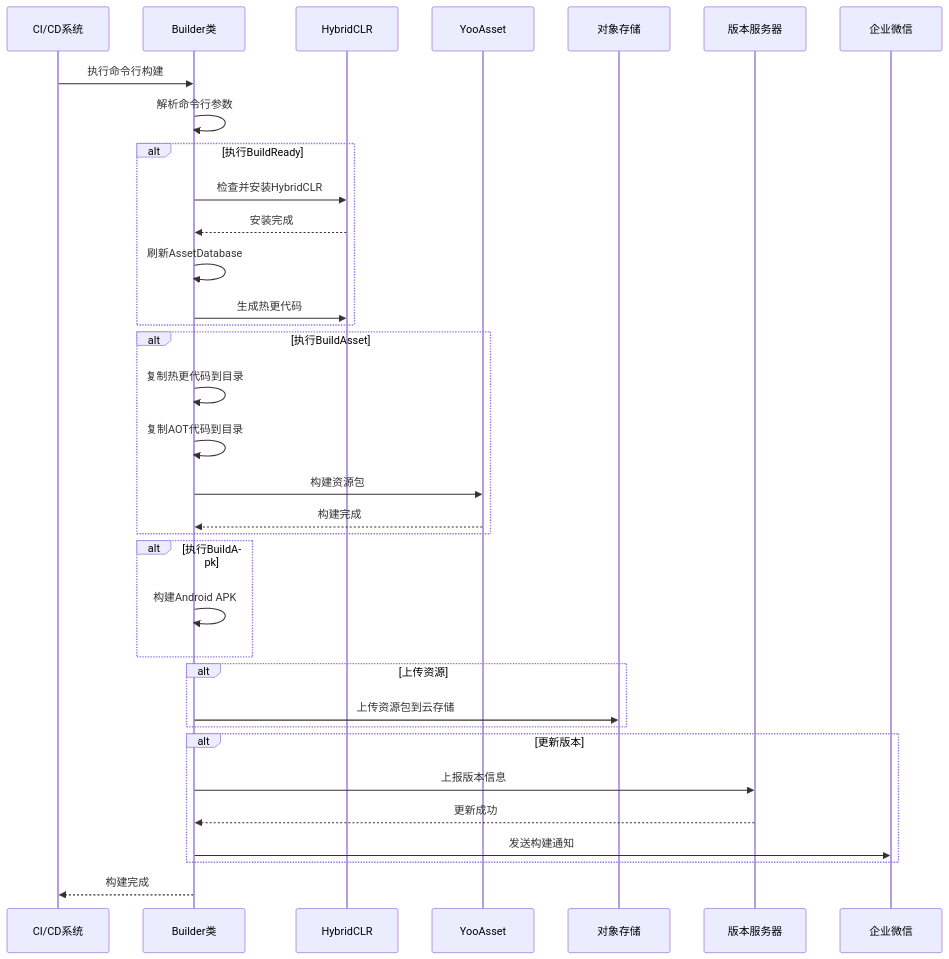
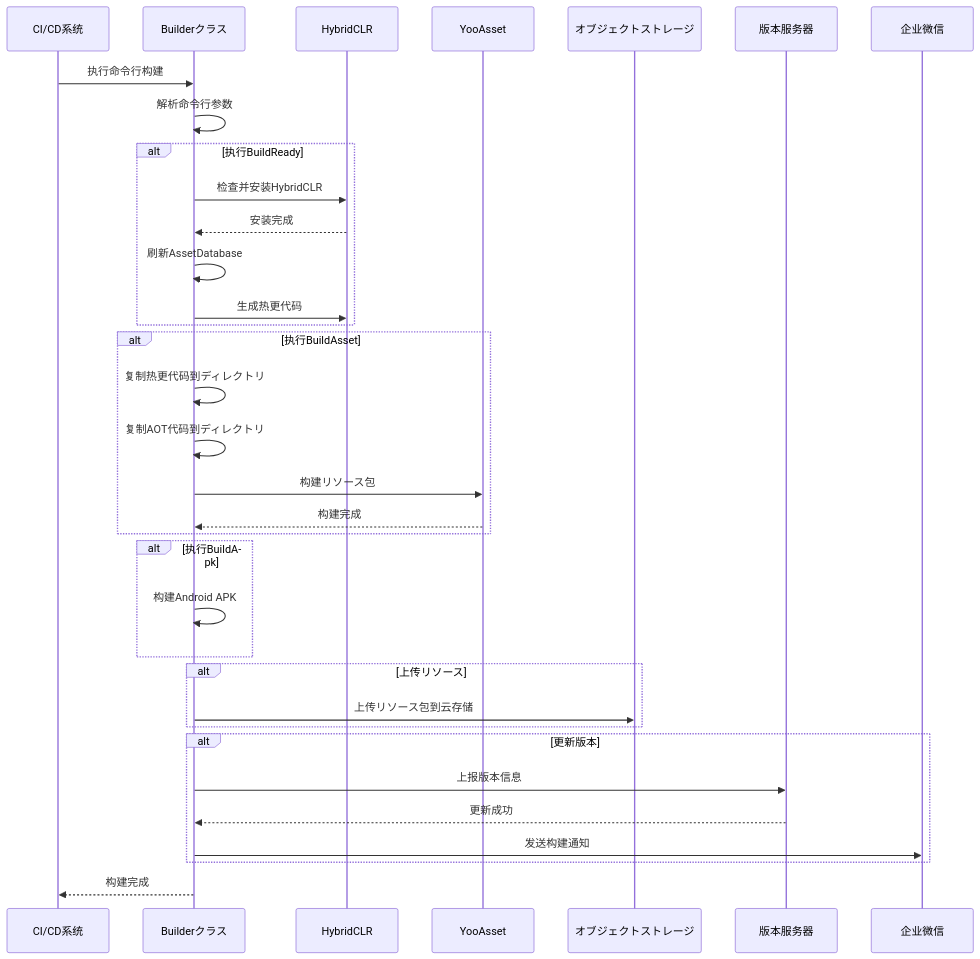
Before and after one commit to AlianBlank/GameFrameX.Docs: the second of 2 diagrams in docs/ja/client/unity/component/builder/03.getting-started.md, drawn with Mermaid. The commit also changed other lines of this file and 603 other files, not shown here.

````diff
--- a/docs/ja/client/unity/component/builder/03.getting-started.md
+++ b/docs/ja/client/unity/component/builder/03.getting-started.md
@@ -69,43 +69,43 @@
 ```mermaid
 sequenceDiagram
     participant CI as CI/CD系统
-    participant Builder as Builder类
+    participant Builder as Builderクラス
     participant HybridCLR as HybridCLR
     participant YooAsset as YooAsset
-    participant Storage as 对象存储
+    participant Storage as オブジェクトストレージ
     participant Server as 版本服务器
     participant WeChat as 企业微信
 
     CI->>Builder: 执行命令行构建
     Builder->>Builder: 解析命令行参数
     
     alt 执行BuildReady
         Builder->>HybridCLR: 检查并安装HybridCLR
         HybridCLR-->>Builder: 安装完成
         Builder->>Builder: 刷新AssetDatabase
         Builder->>HybridCLR: 生成热更代码
     end
     
     alt 执行BuildAsset
-        Builder->>Builder: 复制热更代码到目录
-        Builder->>Builder: 复制AOT代码到目录
-        Builder->>YooAsset: 构建资源包
+        Builder->>Builder: 复制热更代码到ディレクトリ
+        Builder->>Builder: 复制AOT代码到ディレクトリ
+        Builder->>YooAsset: 构建リソース包
         YooAsset-->>Builder: 构建完成
     end
     
     alt 执行BuildApk
         Builder->>Builder: 构建Android APK
     end
     
-    alt 上传资源
-        Builder->>Storage: 上传资源包到云存储
+    alt 上传リソース
+        Builder->>Storage: 上传リソース包到云存储
     end
     
     alt 更新版本
         Builder->>Server: 上报版本信息
         Server-->>Builder: 更新成功
         Builder->>WeChat: 发送构建通知
     end
     
     Builder-->>CI: 构建完成
 ```
````
